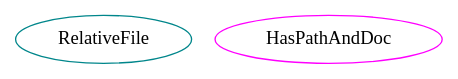
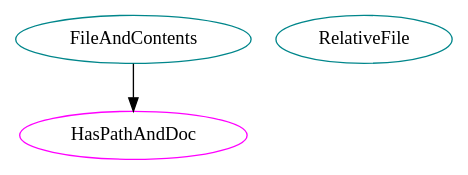
Before and after one commit to JacquesCarette/Drasil: the diagram in analysis/ClassInstDep/packagegraphs/utils.dot, drawn with Graphviz. The commit also changed 686 other files, not shown here.

```diff
--- a/analysis/ClassInstDep/packagegraphs/utils.dot
+++ b/analysis/ClassInstDep/packagegraphs/utils.dot
@@ -1,4 +1,7 @@
 digraph utils{
+FileAndContents	[shape=oval, color=turquoise4, label="FileAndContents"];
 RelativeFile	[shape=oval, color=turquoise4, label="RelativeFile"];
+HasPathAndDoc	[shape=oval, color=pink, label="HasPathAndDoc"];
 HasPathAndDoc	[shape=oval, color=magenta, label="HasPathAndDoc"];
+FileAndContents -> HasPathAndDoc;
 }
```
